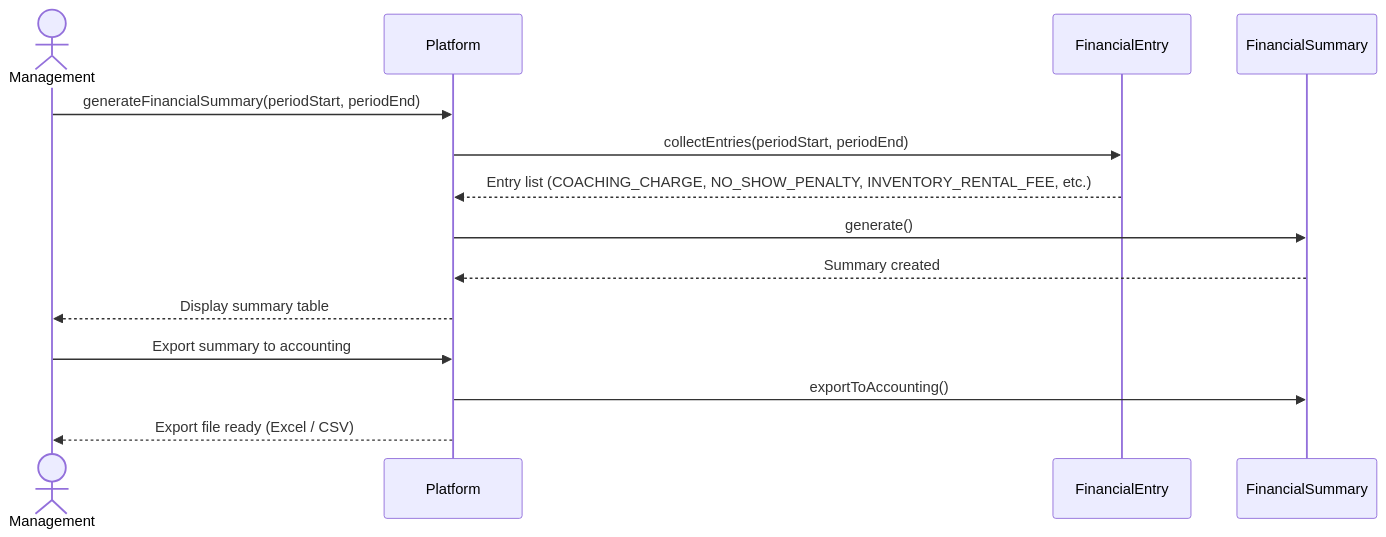
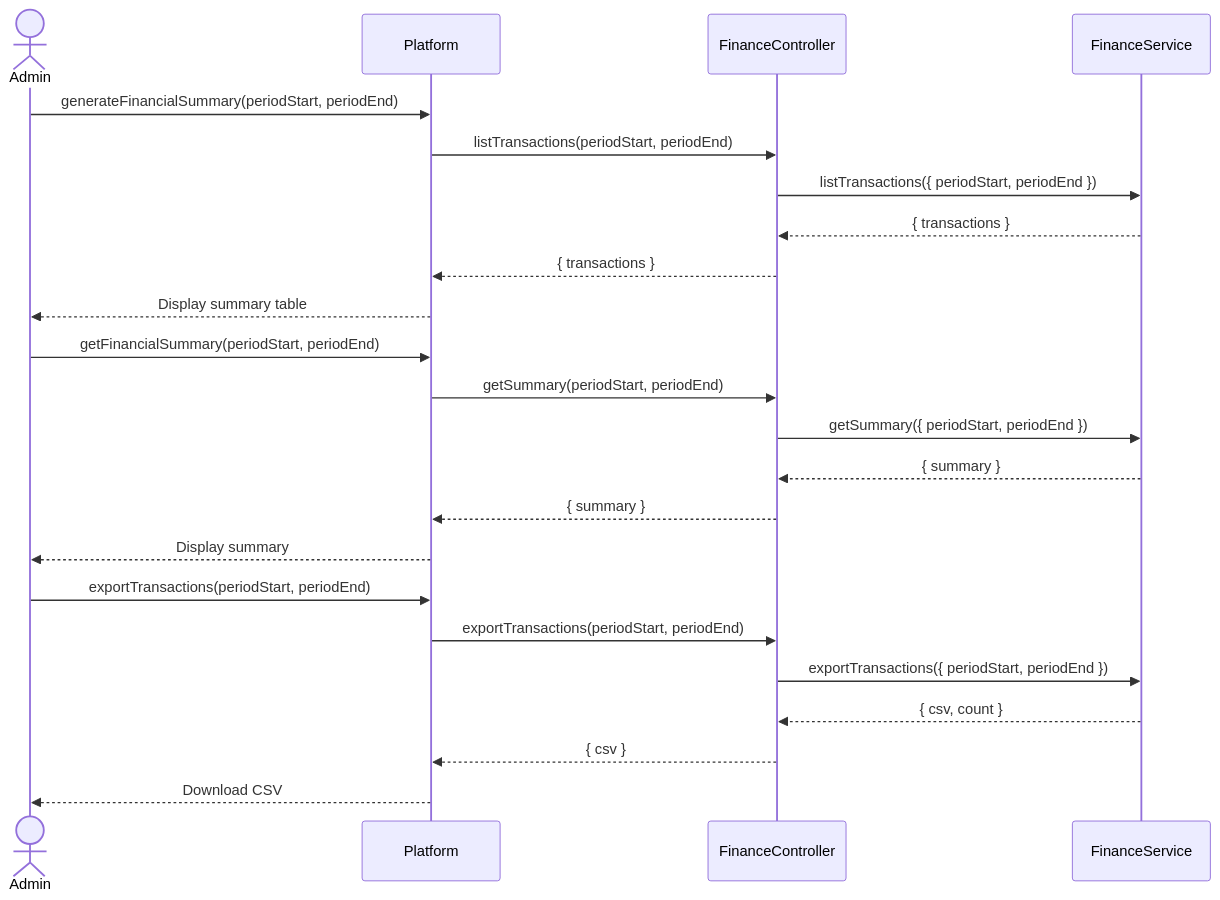
The tenth of 20 diagrams in diagrams/Sequence Diagram/sequencediagram.md (NovaLogic-Systems/gestArtes-docs), drawn with Mermaid before and after one commit. The commit also changed other lines of this file, not shown here.

Commit message:
Refactor sequence diagrams for user authentication, coaching session requests, and admin management

````diff
--- a/diagrams/Sequence Diagram/sequencediagram.md
+++ b/diagrams/Sequence Diagram/sequencediagram.md
@@ -335,17 +323,28 @@
 ```mermaid
 sequenceDiagram
-    actor Management
-    participant Platform
-    participant FinancialEntry
-    participant FinancialSummary
+    actor Admin
+    participant Platform as Platform
+    participant FinanceController as FinanceController
+    participant FinanceService as FinanceService
 
-    Management->>Platform: generateFinancialSummary(periodStart, periodEnd)
-    Platform->>FinancialEntry: collectEntries(periodStart, periodEnd)
-    FinancialEntry-->>Platform: Entry list (COACHING_CHARGE, NO_SHOW_PENALTY, INVENTORY_RENTAL_FEE, etc.)
-    Platform->>FinancialSummary: generate()
-    FinancialSummary-->>Platform: Summary created
-    Platform-->>Management: Display summary table
-    Management->>Platform: Export summary to accounting
-    Platform->>FinancialSummary: exportToAccounting()
-    Platform-->>Management: Export file ready (Excel / CSV)
+    Admin->>Platform: generateFinancialSummary(periodStart, periodEnd)
+    Platform->>FinanceController: listTransactions(periodStart, periodEnd)
+    FinanceController->>FinanceService: listTransactions({ periodStart, periodEnd })
+    FinanceService-->>FinanceController: { transactions }
+    FinanceController-->>Platform: { transactions }
+    Platform-->>Admin: Display summary table
+
+    Admin->>Platform: getFinancialSummary(periodStart, periodEnd)
+    Platform->>FinanceController: getSummary(periodStart, periodEnd)
+    FinanceController->>FinanceService: getSummary({ periodStart, periodEnd })
+    FinanceService-->>FinanceController: { summary }
+    FinanceController-->>Platform: { summary }
+    Platform-->>Admin: Display summary
+
+    Admin->>Platform: exportTransactions(periodStart, periodEnd)
+    Platform->>FinanceController: exportTransactions(periodStart, periodEnd)
+    FinanceController->>FinanceService: exportTransactions({ periodStart, periodEnd })
+    FinanceService-->>FinanceController: { csv, count }
+    FinanceController-->>Platform: { csv }
+    Platform-->>Admin: Download CSV
 ```
````
